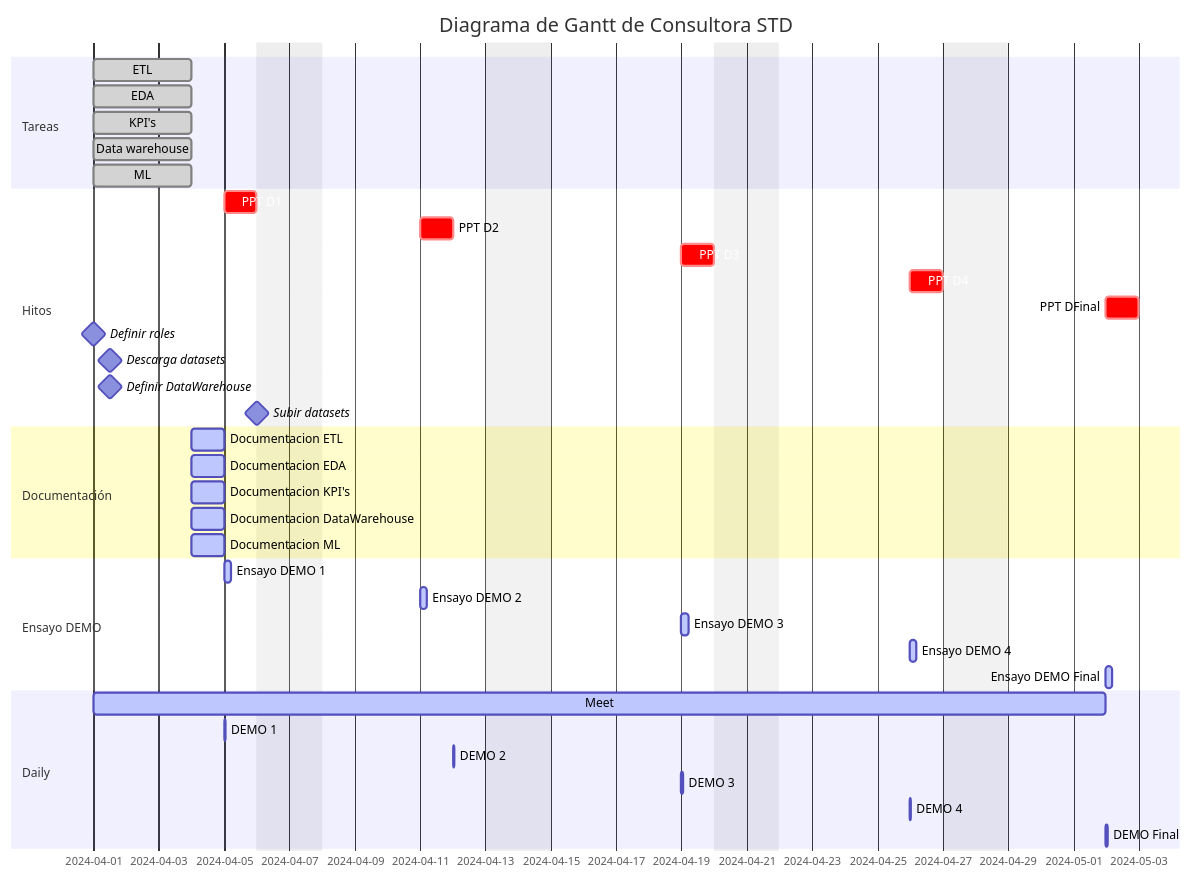
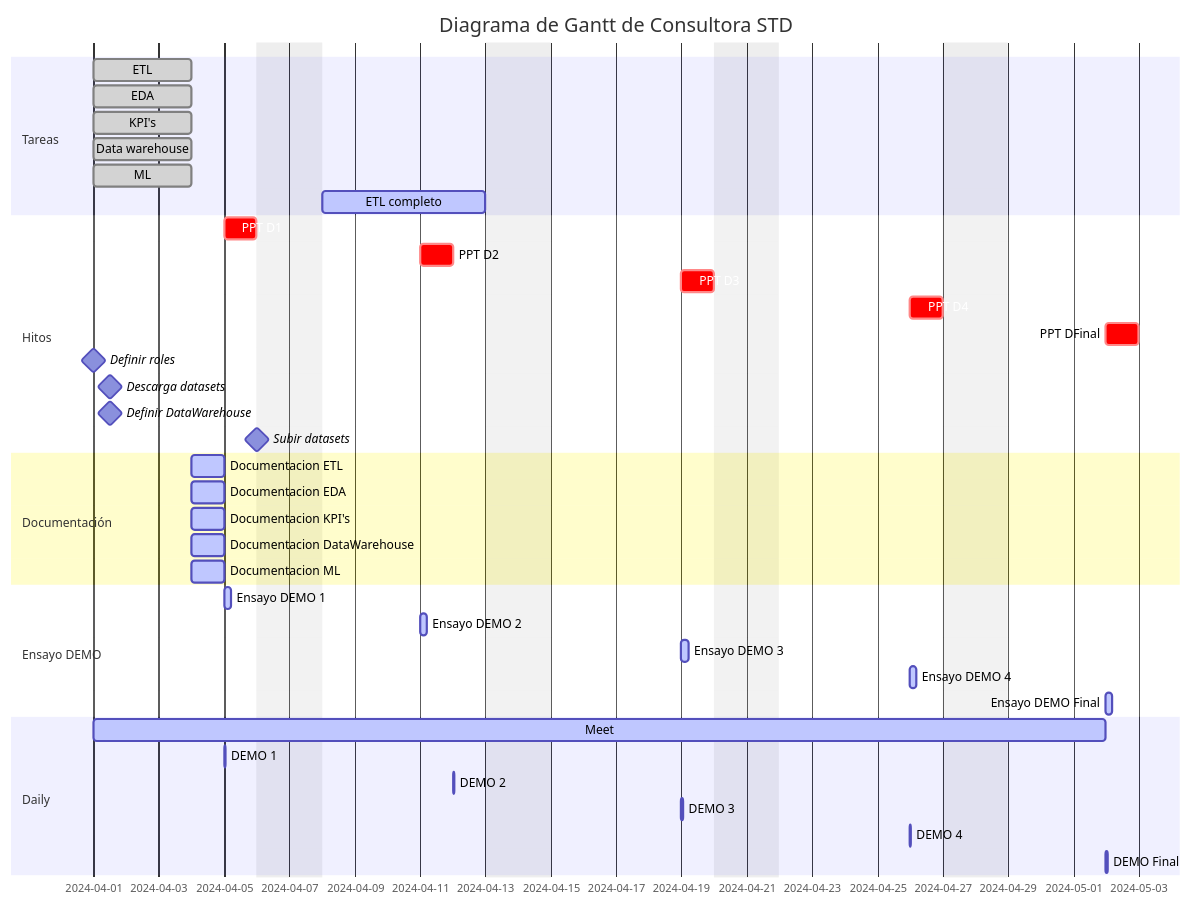
The diagram in README.md (marceloyuba/SDT), drawn with Mermaid before and after one commit.

````diff
--- a/README.md
+++ b/README.md
@@ -7,49 +7,49 @@
 ```mermaid
 gantt
    
     dateFormat  YYYY-MM-DD
     title       Diagrama de Gantt de Consultora STD
     excludes    weekends
     %% (`excludes` accepts specific dates in YYYY-MM-DD format, days of the week ("sunday") or "weekends", but not the word "weekdays".)
 
    section Tareas
     ETL                       :done,    des1, 2024-04-01, 3d
     EDA                       :done,  des2, 2024-04-01, 3d
     KPI's                     :done,   des3,  2024-04-01, 3d
     Data warehouse            :done,   des4, 2024-04-01, 3d
     ML                        :done, des5, 2024-04-01, 3d               
-
+    ETL completo               :active,    des4, 2024-04-08, 5d
     section Hitos
     PPT D1                              :crit,  2024-04-05,24h
     PPT D2                              :crit,  2024-04-11,24h
     PPT D3                              :crit,  2024-04-19,24h
     PPT D4                              :crit,  2024-04-26,24h
-    PPT DFinal                              :crit,  after a1,24h
+    PPT DFinal                          :crit,  after a1,24h
     Definir roles                       :milestone, isadded, 2024-04-01, 0d
     Descarga datasets                   :milestone, isadded, 2024-04-01, 24h
     Definir DataWarehouse               :milestone,isadded, 2024-04-01, 24h
     Subir datasets                      :milestone,isadded 2024-04-04, 2d
 
     section Documentación
     Documentacion ETL               :active, a1, after des1, 1d
     Documentacion EDA              :active, a1, after des1, 1d
     Documentacion KPI's              :active, a1, after des1, 1d
     Documentacion DataWarehouse       :active, a1, after des1, 1d
     Documentacion ML             :active, a1, after des1, 1d
     
     section Ensayo DEMO
     Ensayo DEMO 1                       :active, 2024-04-05, 5h
     Ensayo DEMO 2                       :active, 2024-04-11, 5h
     Ensayo DEMO 3                      :active, 2024-04-19, 5h
     Ensayo DEMO 4                      :active, 2024-04-26, 5h
     Ensayo DEMO Final                  :active, after a1, 5h
 
     section Daily
     Meet                               :active,a1, 2024-04-01, 2024-05-02
     DEMO 1                             :active, 2024-04-05, 1h
     DEMO 2                             :active, 2024-04-12, 1h
     DEMO 3                             :active, 2024-04-19, 1h
     DEMO 4                             :active,2024-04-26, 1h
     DEMO Final                             :after a1, 1h
 
 ```
````
